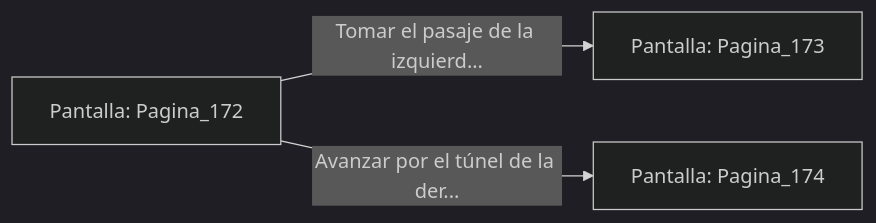
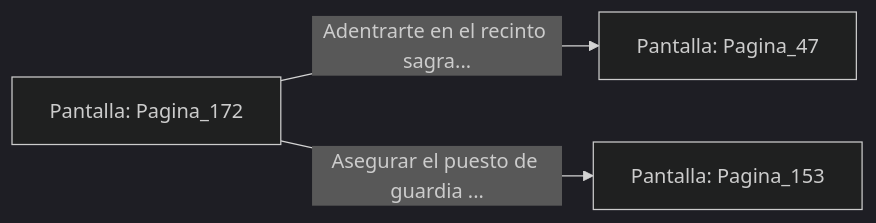
The diagram in sample/eligejuego-vault/Pantalla_Pagina_172.md (metsuke/mpl), drawn with Mermaid (dark theme) before and after one commit. The commit also changed other lines of this file and 635 other files, not shown here.

First line of the commit message:
fix: añadir Pagina_1 como pantalla inicial en capitulo_01.mpl

````diff
--- a/sample/eligejuego-vault/Pantalla_Pagina_172.md
+++ b/sample/eligejuego-vault/Pantalla_Pagina_172.md
@@ -20,6 +22,6 @@
 ```mermaid
 graph LR
     P_Pagina_172["Pantalla: Pagina_172"]
-    P_Pagina_172 -->|"Tomar el pasaje de la izquierd..."| P_Pagina_173["Pantalla: Pagina_173"]
-    P_Pagina_172 -->|"Avanzar por el túnel de la der..."| P_Pagina_174["Pantalla: Pagina_174"]
+    P_Pagina_172 -->|"Adentrarte en el recinto sagra..."| P_Pagina_47["Pantalla: Pagina_47"]
+    P_Pagina_172 -->|"Asegurar el puesto de guardia ..."| P_Pagina_153["Pantalla: Pagina_153"]
 ```
````
